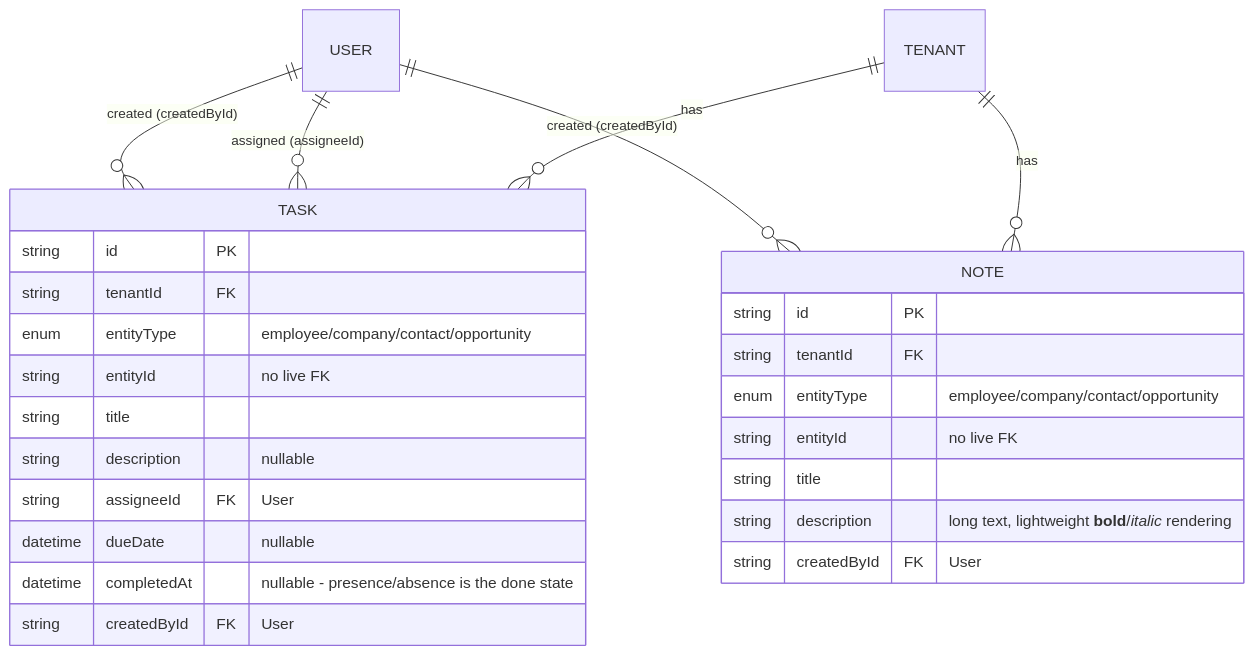
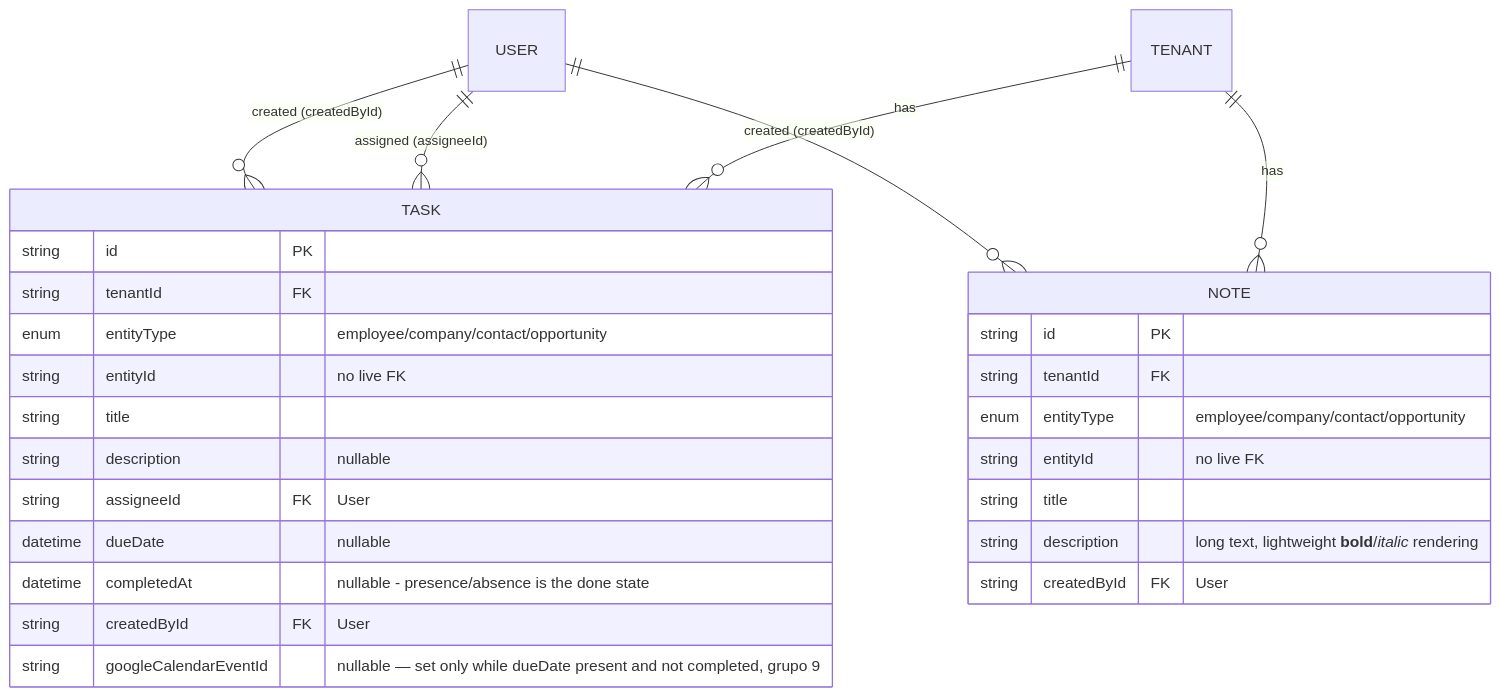
The sixth of 9 diagrams in docs/general/database-schema.md (ABravo2025/northstack), drawn with Mermaid before and after one commit. The commit also changed other lines of this file and 28 other files, not shown here.

First line of the commit message:
Add Google Calendar sync, employee birthdays, and hide completed tasks from Overview

````diff
--- a/docs/general/database-schema.md
+++ b/docs/general/database-schema.md
@@ -416,30 +420,31 @@
 ```mermaid
 erDiagram
     TENANT ||--o{ TASK : "has"
     TENANT ||--o{ NOTE : "has"
     USER ||--o{ TASK : "assigned (assigneeId)"
     USER ||--o{ TASK : "created (createdById)"
     USER ||--o{ NOTE : "created (createdById)"
 
     TASK {
         string id PK
         string tenantId FK
         enum entityType "employee/company/contact/opportunity"
         string entityId "no live FK"
         string title
         string description "nullable"
         string assigneeId FK "User"
         datetime dueDate "nullable"
         datetime completedAt "nullable - presence/absence is the done state"
         string createdById FK "User"
+        string googleCalendarEventId "nullable — set only while dueDate present and not completed, grupo 9"
     }
     NOTE {
         string id PK
         string tenantId FK
         enum entityType "employee/company/contact/opportunity"
         string entityId "no live FK"
         string title
         string description "long text, lightweight **bold**/*italic* rendering"
         string createdById FK "User"
     }
 ```
````
